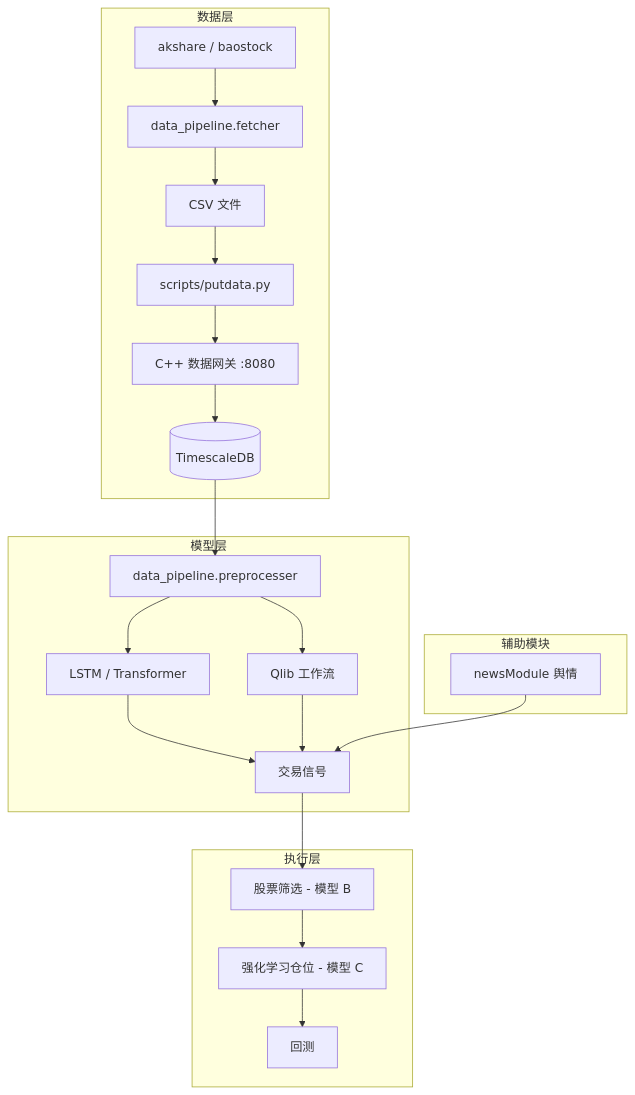
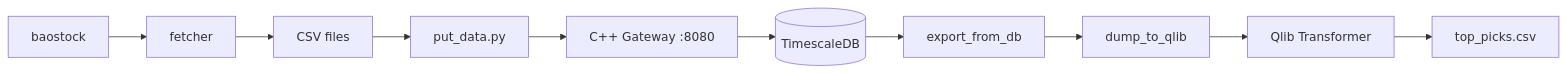
One commit to RyanTsi/quant changed the diagram in README.md. Above: the diagram before and after it, drawn with Mermaid. The commit also changed other lines of this file and 5 other files, not shown here.

````diff
--- a/README.md
+++ b/README.md
@@ -428,28 +36,12 @@
 ```mermaid
-graph TD
-    subgraph 数据层
-        AK[akshare / baostock] --> F[data_pipeline.fetcher]
-        F --> CSV[CSV 文件]
-        CSV --> PUT[scripts/putdata.py]
-        PUT --> GW[C++ 数据网关 :8080]
-        GW --> TSDB[(TimescaleDB)]
-    end
-
-    subgraph 模型层
-        TSDB --> PP[data_pipeline.preprocesser]
-        PP --> LSTM[LSTM / Transformer]
-        PP --> QLIB[Qlib 工作流]
-        LSTM --> SIG[交易信号]
-        QLIB --> SIG
-    end
-
-    subgraph 执行层
-        SIG --> FILTER[股票筛选 - 模型 B]
-        FILTER --> RL[强化学习仓位 - 模型 C]
-        RL --> BT[回测]
-    end
-
-    subgraph 辅助模块
-        NEWS[newsModule 舆情] --> SIG
-    end
+graph LR
+    BS[baostock] --> F[fetcher]
+    F --> CSV[CSV files]
+    CSV --> ING[put_data.py]
+    ING --> GW["C++ Gateway :8080"]
+    GW --> TS[(TimescaleDB)]
+    TS --> EXP[export_from_db]
+    EXP --> DUMP[dump_to_qlib]
+    DUMP --> QLIB[Qlib Transformer]
+    QLIB --> PRED[top_picks.csv]
 ```
````
